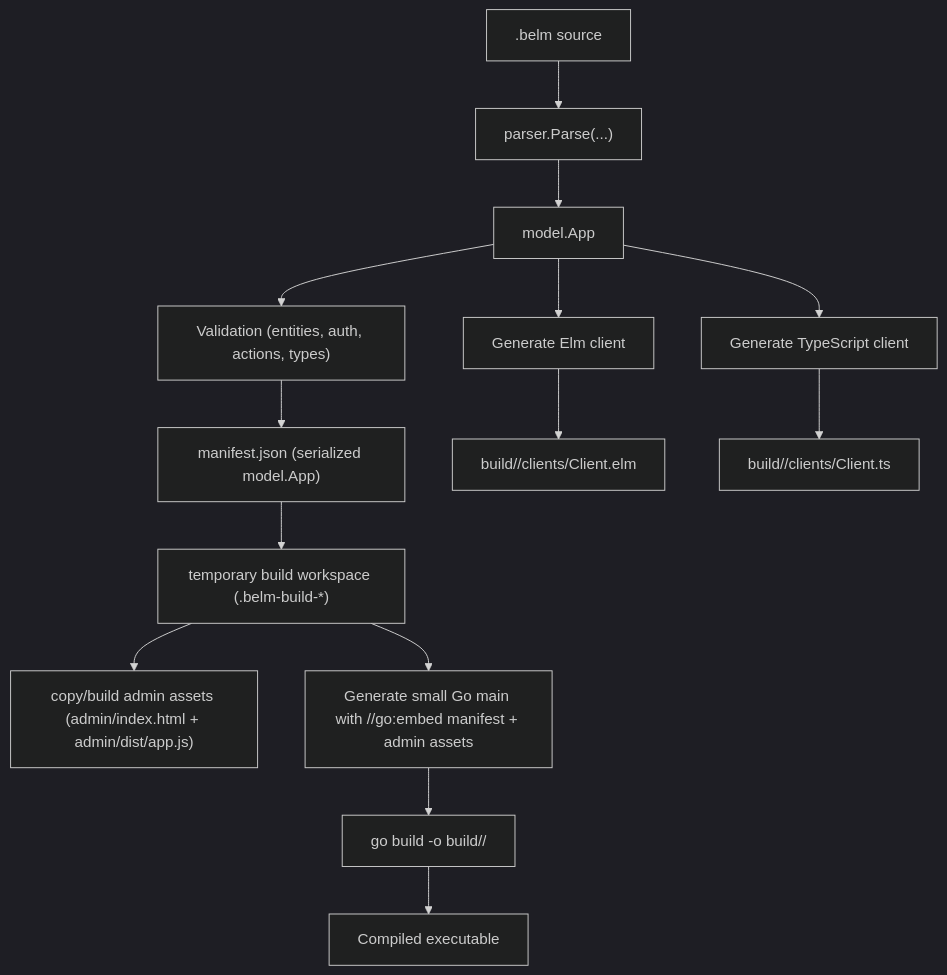
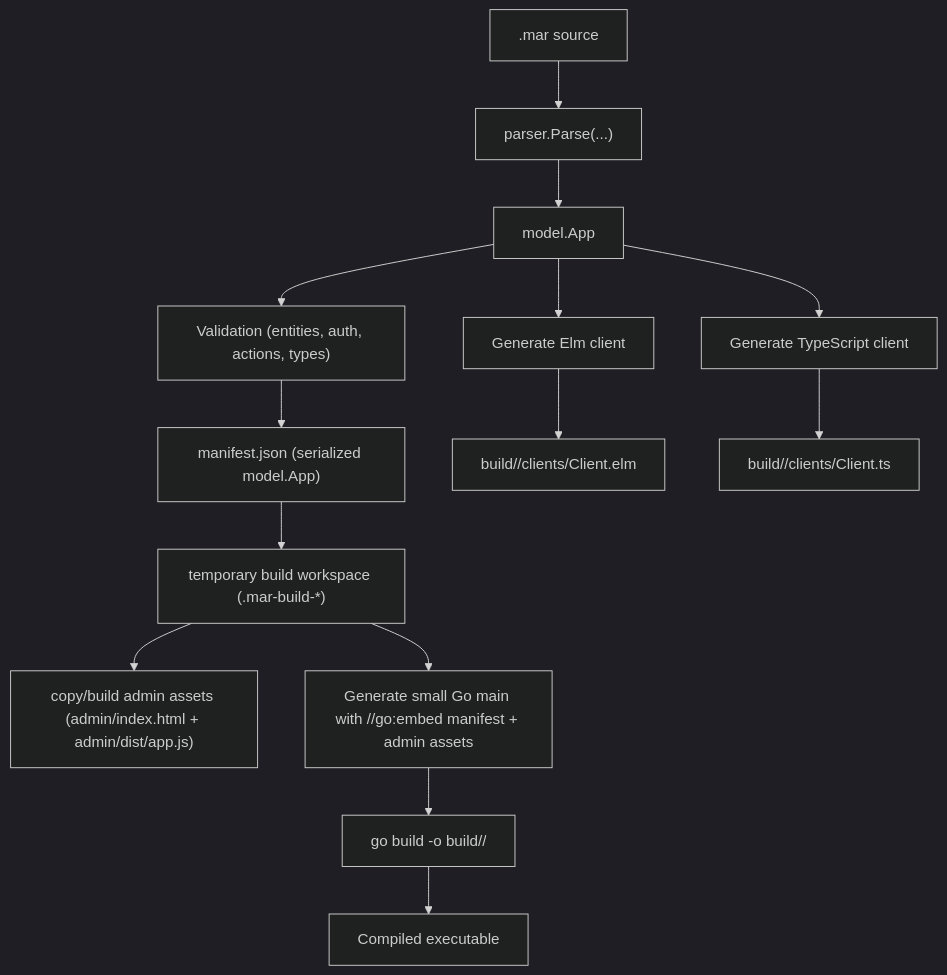
One commit to marciofrayze/mar-lang changed the second of 2 diagrams in website/docs/advanced.md. Above: the diagram before and after it, drawn with Mermaid (dark theme). The commit also changed other lines of this file and 704 other files, not shown here.

Commit message:
🚚 Belm is now Mar!

````diff
--- a/website/docs/advanced.md
+++ b/website/docs/advanced.md
@@ -111,16 +111,16 @@
 ```mermaid
 flowchart TD
-    S[".belm source"] --> P["parser.Parse(...)"]
+    S[".mar source"] --> P["parser.Parse(...)"]
     P --> M["model.App"]
     M --> V["Validation (entities, auth, actions, types)"]
     V --> MAN["manifest.json (serialized model.App)"]
-    MAN --> TMP["temporary build workspace (.belm-build-*)"]
+    MAN --> TMP["temporary build workspace (.mar-build-*)"]
     TMP --> ADM["copy/build admin assets (admin/index.html + admin/dist/app.js)"]
     M --> EC["Generate Elm client"]
     M --> TC["Generate TypeScript client"]
     TMP --> GS["Generate small Go main with //go:embed manifest + admin assets"]
     GS --> GB["go build -o build/<name>/<name> <temp-workdir>"]
     GB --> BIN["Compiled executable"]
     EC --> OUT["build/<name>/clients/<AppName>Client.elm"]
     TC --> OUT2["build/<name>/clients/<AppName>Client.ts"]
 ```
````
